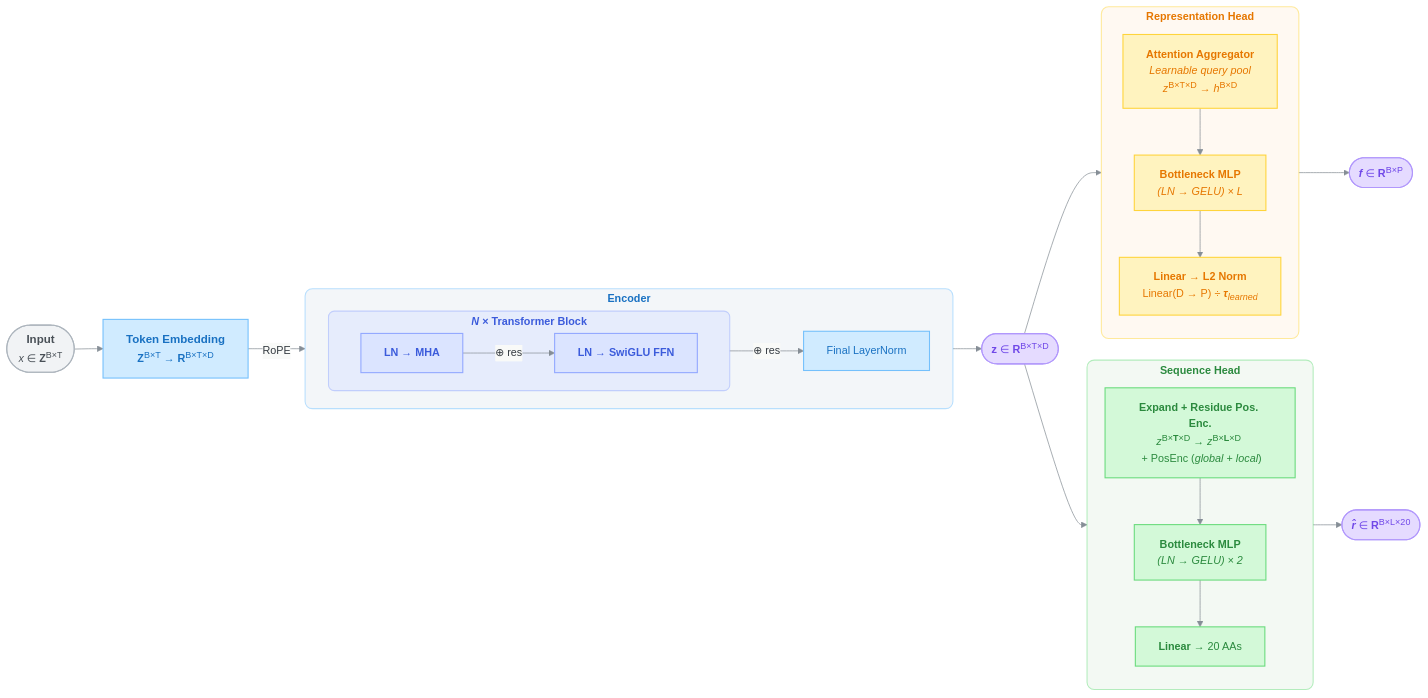
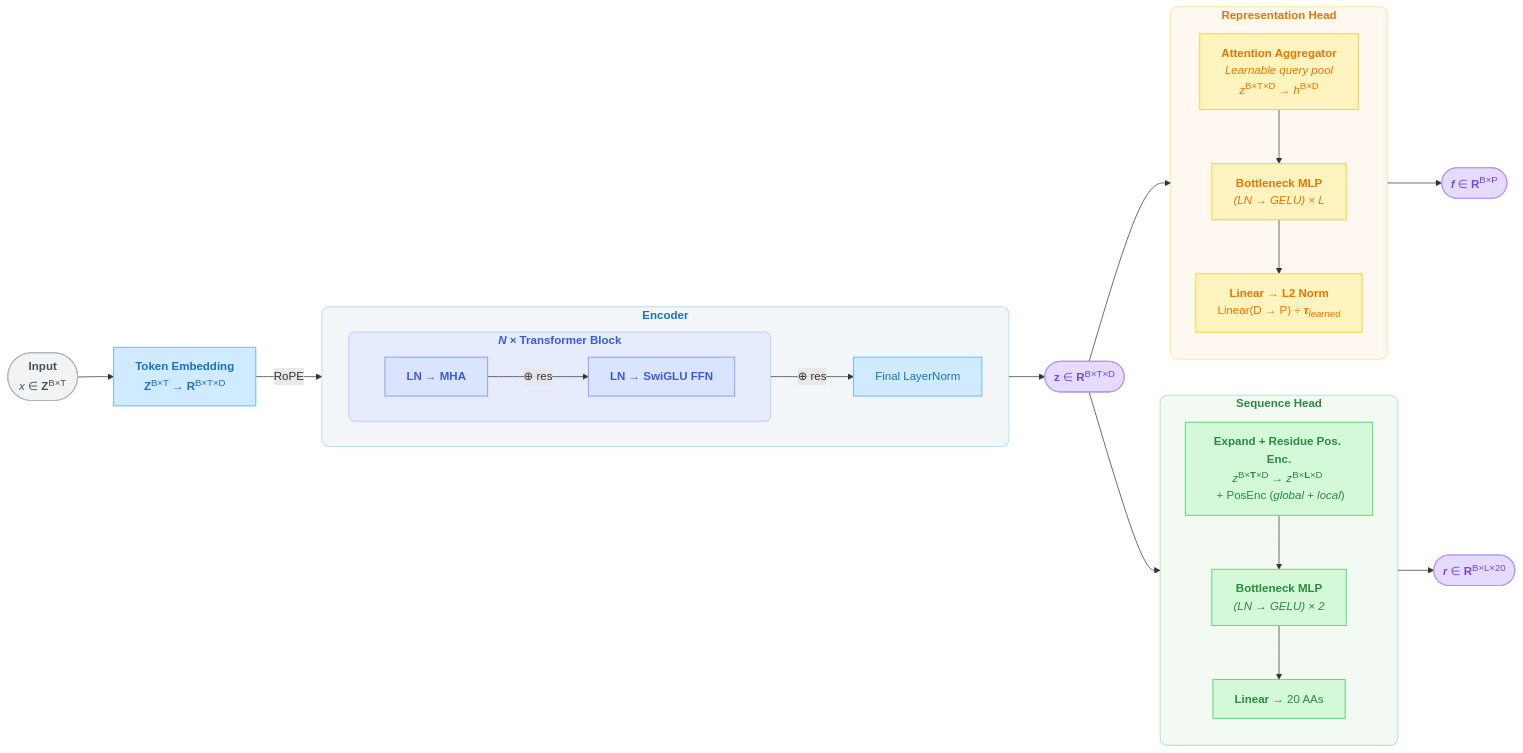
Before and after one commit to Biswajit-Banerjee/ZEST: the diagram in docs/lemon.mermaid, drawn with Mermaid.

Commit message:
Style edits

```diff
--- a/docs/lemon.mermaid
+++ b/docs/lemon.mermaid
@@ -1,89 +1,83 @@
 %%{init: {
   'theme': 'base',
   'themeVariables': {
     'fontSize': '15px',
     'primaryColor': '#F8F9FA',
     'primaryBorderColor': '#ADB5BD',
     'primaryTextColor': '#343A40',
     'lineColor': '#868E96',
     'fontFamily': 'Inter, Helvetica Neue, Arial, sans-serif'
   },
-  'flowchart': {
-    'subGraphTitleMargin': { 'top': 3, 'bottom': 3 },
-    'padding': 16,
-    'nodeSpacing': 30,
-    'rankSpacing': 40
-  }
 }}%%
 
 flowchart LR
     %% ── Input ──
     input(["<b style='font-size:16px'>Input</b><br/><i>x</i> ∈ <b>Z</b><sup>B×T</sup>"])
 
     %% ── Embedding ──
     emb["<b style='font-size:16px'>Token Embedding</b><br/><b>Z</b><sup>B×T</sup> → <b>R</b><sup>B×T×D</sup>"]
 
     %% ── Encoder > N × Block > MHA + FFN ──
     subgraph ENC ["<b>Encoder</b>"]
         direction LR
         subgraph BLK ["<b><i>N</i> × Transformer Block</b>"]
             direction LR
             mhsa["<b>LN → MHA</b>"]
             ffn["<b>LN → SwiGLU FFN</b>"]
             mhsa -->|⊕ res| ffn
         end
         fnorm["Final LayerNorm"]
         BLK --> |⊕ res| fnorm
     end
 
     %% ── Shared representation ──
     z(["<b style='font-size:16px'>z</b> ∈ <b>R</b><sup>B×T×D</sup>"])
 
     %% ── Sequence Head (Profile Expansion) ──
     subgraph P1 ["<b>Sequence Head</b>"]
         direction TB
         expand["<b>Expand + Residue Pos. Enc.</b><br/><i>z</i><sup>B×<b>T</b>×D</sup> → <i>z</i><sup>B×<b>L</b>×D</sup> <br/> + PosEnc (<i>global</i> + <i>local</i>)"]
         resmlp["<b>Bottleneck MLP</b><br/><i>(LN → GELU) × 2</i>"]
         aalin["<b>Linear</b> → 20 AAs"]
         expand --> resmlp --> aalin
     end
-    out1(["<b style='font-size:15px'><i>r̂</i></b> ∈ <b>R</b><sup>B×L×20</sup>"])
+    out1(["<b style='font-size:15px'><i>r</i></b> ∈ <b>R</b><sup>B×L×20</sup>"])
 
     subgraph P2 ["<b>Representation Head</b>"]
         direction TB
         agg["<b>Attention Aggregator</b><br/><i>Learnable query pool</i><br/><i>z</i><sup>B×T×D</sup> → <i>h</i><sup>B×D</sup>"]
         proj["<b>Bottleneck MLP</b><br/><i>(LN → GELU) × L</i>"]
         norm_t["<b>Linear → L2 Norm</b><br/>Linear(D → P) ÷ <i><b>τ</b><sub>learned</sub></i>"]
         agg --> proj --> norm_t
     end
     out2(["<b style='font-size:15px'><i>f</i></b> ∈ <b>R</b><sup>B×P</sup>"])
 
     %% ── Connections ──
     input --> emb --> | RoPE | ENC
     fnorm --> z
     z --> expand
     aalin --> out1
     z --> agg
     norm_t --> out2
     
 
     %% ── Styling ──
     classDef inputNode fill:#F1F3F5,stroke:#ADB5BD,stroke-width:1.5px,color:#495057
     classDef encNode fill:#D0EBFF,stroke:#74C0FC,stroke-width:1.5px,color:#1971C2
     classDef blkNode fill:#DBE4FF,stroke:#91A7FF,stroke-width:1.5px,color:#3B5BDB
     classDef p1Node fill:#D3F9D8,stroke:#69DB7C,stroke-width:1.5px,color:#2B8A3E
     classDef p2Node fill:#FFF3BF,stroke:#FFD43B,stroke-width:1.5px,color:#E67700
     classDef outNode fill:#E5DBFF,stroke:#B197FC,stroke-width:1.5px,color:#7048E8
 
     class input inputNode
     class emb,fnorm encNode
     class mhsa,ffn blkNode
     class expand,resmlp,aalin p1Node
     class agg,proj,norm_t p2Node
     class z,out1,out2 outNode
 
     %% ── Subgraph styling ──
     style ENC fill:#E9EEF5,opacity:0.5,stroke:#74C0FC,stroke-width:1.5px,color:#1971C2,rx:10,ry:10
     style BLK fill:#DBE4FF,opacity:0.5,stroke:#91A7FF,stroke-width:1.5px,color:#3B5BDB,rx:8,ry:8
     style P1 fill:#E9F5E9,opacity:0.5,stroke:#69DB7C,stroke-width:1.5px,color:#2B8A3E,rx:10,ry:10
     style P2 fill:#FFF5E6,opacity:0.5,stroke:#FFD43B,stroke-width:1.5px,color:#E67700,rx:10,ry:10
```
